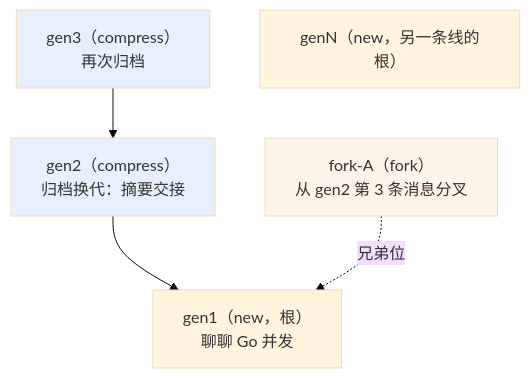
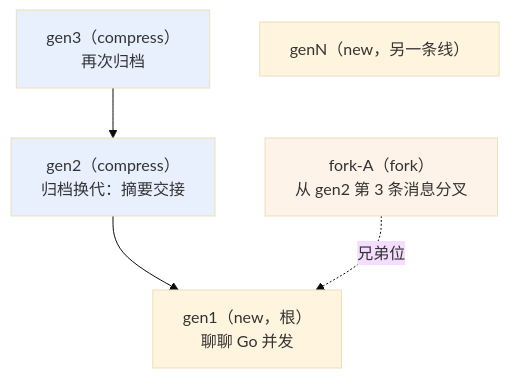
The first of 8 diagrams in docs/session-context.md (JcEvoX/EzHarnesS), drawn with Mermaid (base theme) before and after one commit. The commit also changed other lines of this file, not shown here.

````diff
--- a/docs/session-context.md
+++ b/docs/session-context.md
@@ -22,12 +15,12 @@
 ```mermaid
 flowchart TD
     R1["gen1（new，根）<br/>聊聊 Go 并发"]
     R2["gen2（compress）<br/>归档换代：摘要交接"] --> R1
     R3["gen3（compress）<br/>再次归档"] --> R2
     F1["fork-A（fork）<br/>从 gen2 第 3 条消息分叉"] -.兄弟位.-> R1
-    N2["genN（new，另一条线的根）"]
+    N2["genN（new，另一条线）"]
 
     style R2 fill:#e8f0fe
     style R3 fill:#e8f0fe
     style F1 fill:#fef3e8
 ```
````
